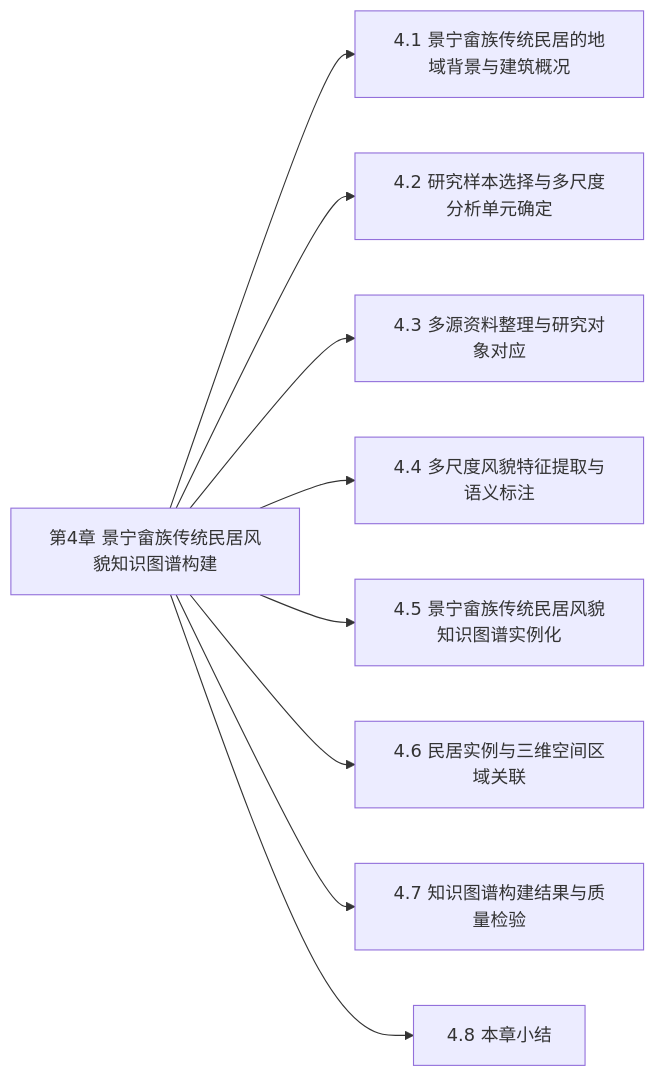
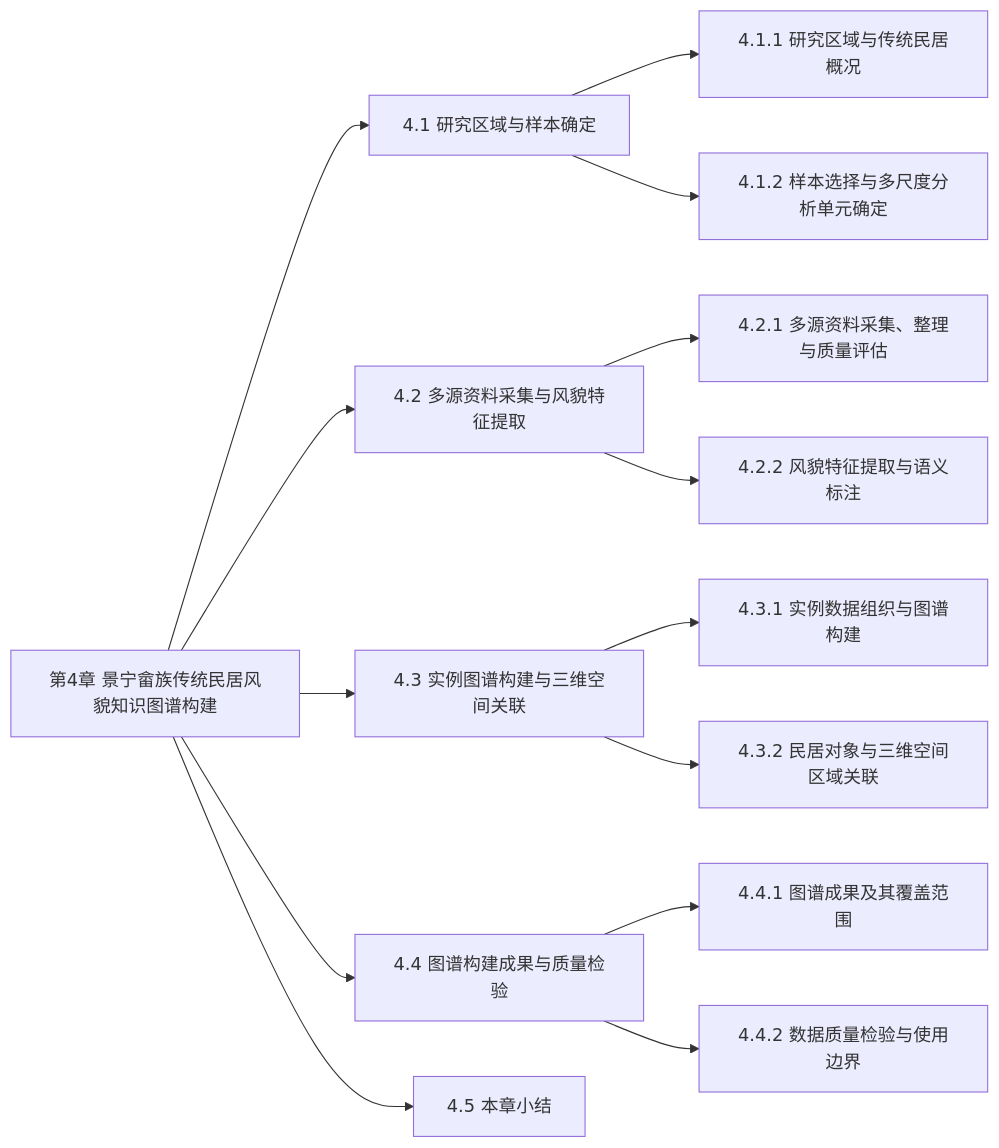
One commit to WYLINX601/Linx_paper changed the diagram in 论文章节/章节导航/04-景宁实例.md. Above: the diagram before and after it, drawn with Mermaid. The commit also changed other lines of this file and 205 other files, not shown here.

Commit message:
Update research outline, framework diagrams and fieldwork materials

````diff
--- a/论文章节/章节导航/04-景宁实例.md
+++ b/论文章节/章节导航/04-景宁实例.md
@@ -98,20 +92,30 @@
 ```mermaid
 flowchart LR
   chapter-4["第4章 景宁畲族传统民居风貌知识图谱构建"]
-  section-2-2["4.1 景宁畲族传统民居的地域背景与建筑概况"]
-  chapter-4 --> section-2-2
-  section-2-1["4.2 研究样本选择与多尺度分析单元确定"]
-  chapter-4 --> section-2-1
-  section-2-4["4.3 多源资料整理与研究对象对应"]
-  chapter-4 --> section-2-4
-  section-4-2["4.4 多尺度风貌特征提取与语义标注"]
-  chapter-4 --> section-4-2
-  section-4-3["4.5 景宁畲族传统民居风貌知识图谱实例化"]
-  chapter-4 --> section-4-3
-  section-4-spatial-association["4.6 民居实例与三维空间区域关联"]
-  chapter-4 --> section-4-spatial-association
-  section-4-4["4.7 知识图谱构建结果与质量检验"]
+  section-4-sampling["4.1 研究区域与样本确定"]
+  chapter-4 --> section-4-sampling
+  section-2-2["4.1.1 研究区域与传统民居概况"]
+  section-4-sampling --> section-2-2
+  section-2-1["4.1.2 样本选择与多尺度分析单元确定"]
+  section-4-sampling --> section-2-1
+  section-4-data-production["4.2 多源资料采集与风貌特征提取"]
+  chapter-4 --> section-4-data-production
+  section-2-4["4.2.1 多源资料采集、整理与质量评估"]
+  section-4-data-production --> section-2-4
+  section-4-2["4.2.2 风貌特征提取与语义标注"]
+  section-4-data-production --> section-4-2
+  section-4-instance-construction["4.3 实例图谱构建与三维空间关联"]
+  chapter-4 --> section-4-instance-construction
+  section-4-3["4.3.1 实例数据组织与图谱构建"]
+  section-4-instance-construction --> section-4-3
+  section-4-spatial-association["4.3.2 民居对象与三维空间区域关联"]
+  section-4-instance-construction --> section-4-spatial-association
+  section-4-4["4.4 图谱构建成果与质量检验"]
   chapter-4 --> section-4-4
-  section-4-5["4.8 本章小结"]
+  sub-case-coverage["4.4.1 图谱成果及其覆盖范围"]
+  section-4-4 --> sub-case-coverage
+  sub-case-quality["4.4.2 数据质量检验与使用边界"]
+  section-4-4 --> sub-case-quality
+  section-4-5["4.5 本章小结"]
   chapter-4 --> section-4-5
 ```
````
